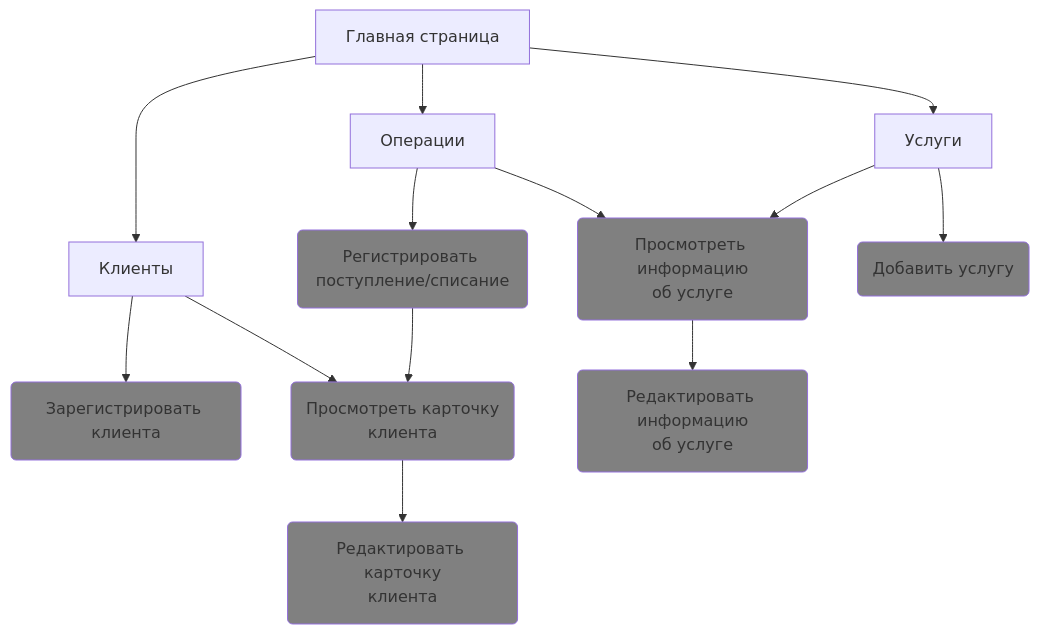
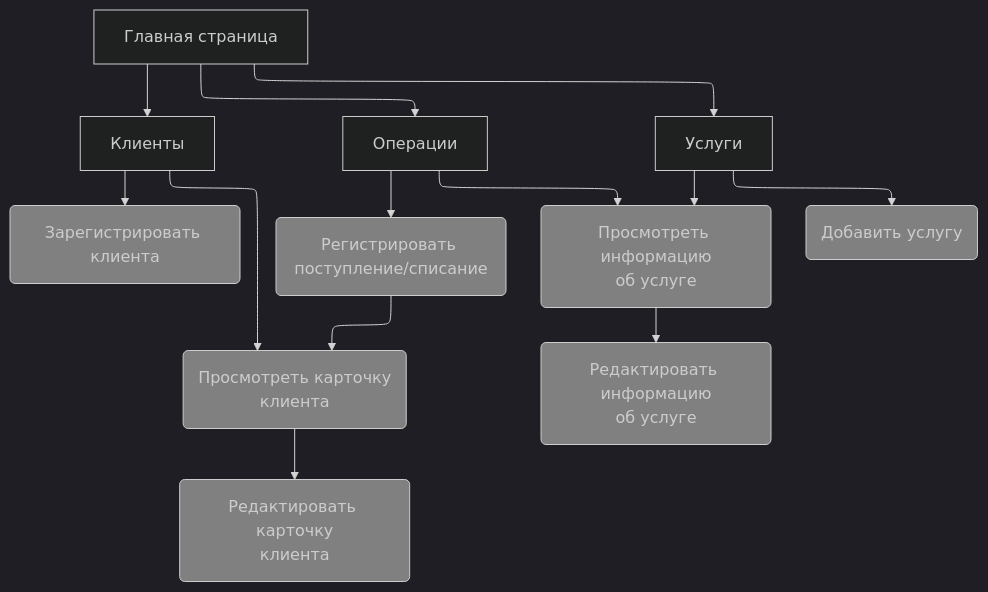
The first of 2 diagrams in README.md (XKusya/webprak), drawn with Mermaid before and after one commit. The commit also changed other lines of this file, not shown here.

Commit message:
add database ER Diagram in README.md

````diff
--- a/README.md
+++ b/README.md
@@ -117,47 +117,52 @@
 ```mermaid
+---
+config:
+    theme: dark
+    layout: elk
+---
 flowchart TD
 
     A["Главная страница"]
 
     B["Клиенты"]
     C["Операции"]
     D["Услуги"]
     
     E("Зарегистрировать клиента" )
     F("Просмотреть карточку <br/>клиента")
     G("Редактировать карточку<br/>клиента")
 
     H("Регистрировать поступление/списание")
 
     I("Просмотреть информацию<br/>об услуге")
     J("Добавить услугу")
     K("Редактировать информацию<br/>об услуге")
 
     %% Главная навигация
     A --> B
     A --> C
     A --> D
 
     %% Клиенты
     B --> E
     B --> F
     F --> G
 
     %% Операции
     C --> H
     H --> F
     C --> I
 
     %% Услуги
     D --> I
     D --> J
     I --> K
 
     style E fill: gray
     style F fill: gray
     style G fill: gray
     style H fill: gray
     style I fill: gray
     style J fill: gray
     style K fill: gray
 ```
````
